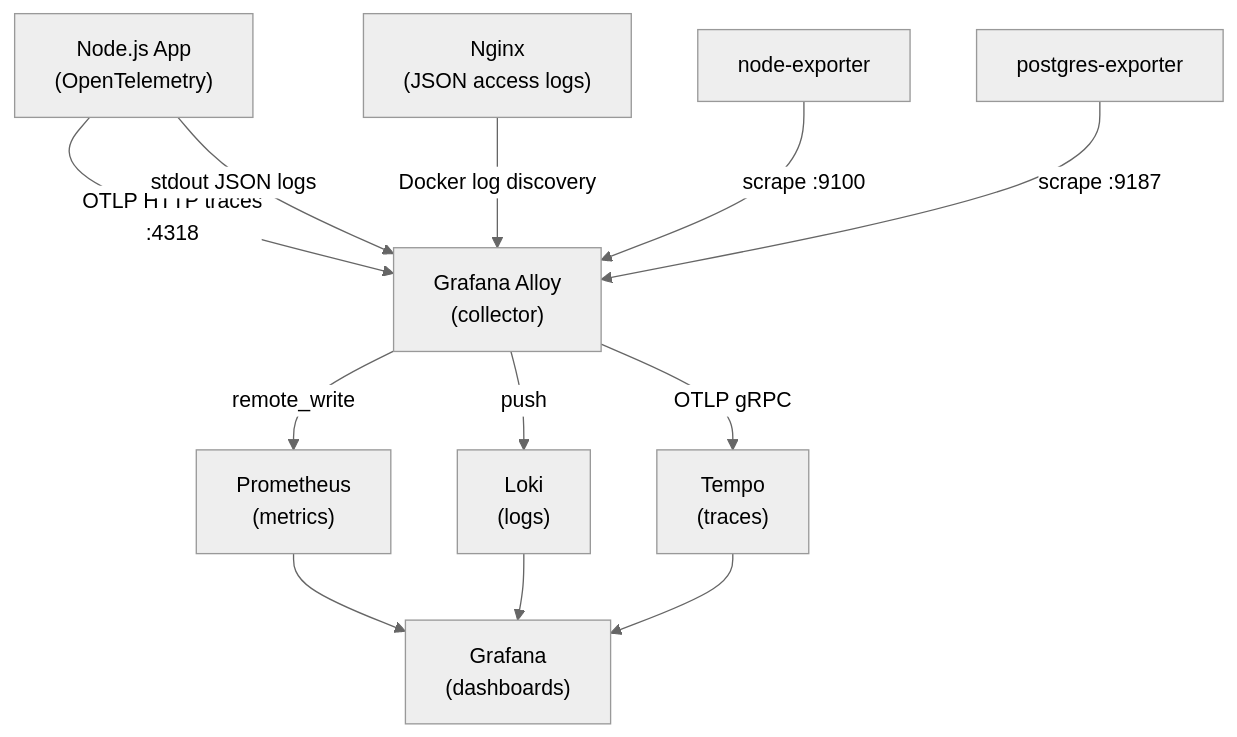
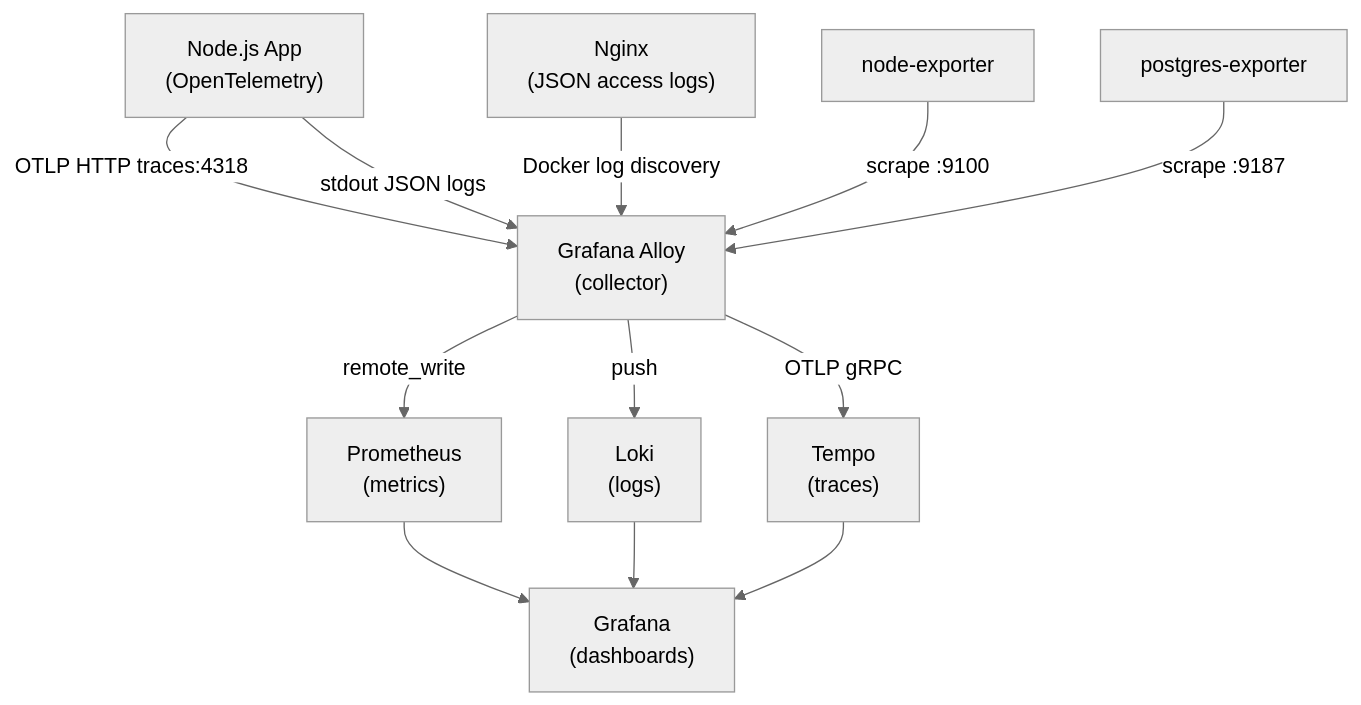
The second of 3 diagrams in README.md (neo-brakus/dashboard), drawn with Mermaid (neutral theme) before and after one commit.

Commit message:
Small README change for graph rendering

````diff
--- a/README.md
+++ b/README.md
@@ -35,26 +35,26 @@
 ```mermaid
 flowchart TD
     App["Node.js App\n(OpenTelemetry)"]
     Nginx["Nginx\n(JSON access logs)"]
     NodeExp["node-exporter"]
     PGExp["postgres-exporter"]
     Alloy["Grafana Alloy\n(collector)"]
     Loki["Loki\n(logs)"]
     Prometheus["Prometheus\n(metrics)"]
     Tempo["Tempo\n(traces)"]
     Grafana["Grafana\n(dashboards)"]
 
-    App -->|"OTLP HTTP traces\n:4318"| Alloy
+    App -->|"OTLP HTTP traces:4318"| Alloy
     Nginx -->|"Docker log discovery"| Alloy
     App -->|"stdout JSON logs"| Alloy
     NodeExp -->|"scrape :9100"| Alloy
     PGExp -->|"scrape :9187"| Alloy
 
     Alloy -->|"remote_write"| Prometheus
     Alloy -->|"push"| Loki
     Alloy -->|"OTLP gRPC"| Tempo
 
     Prometheus --> Grafana
     Loki --> Grafana
     Tempo --> Grafana
 ```
````
